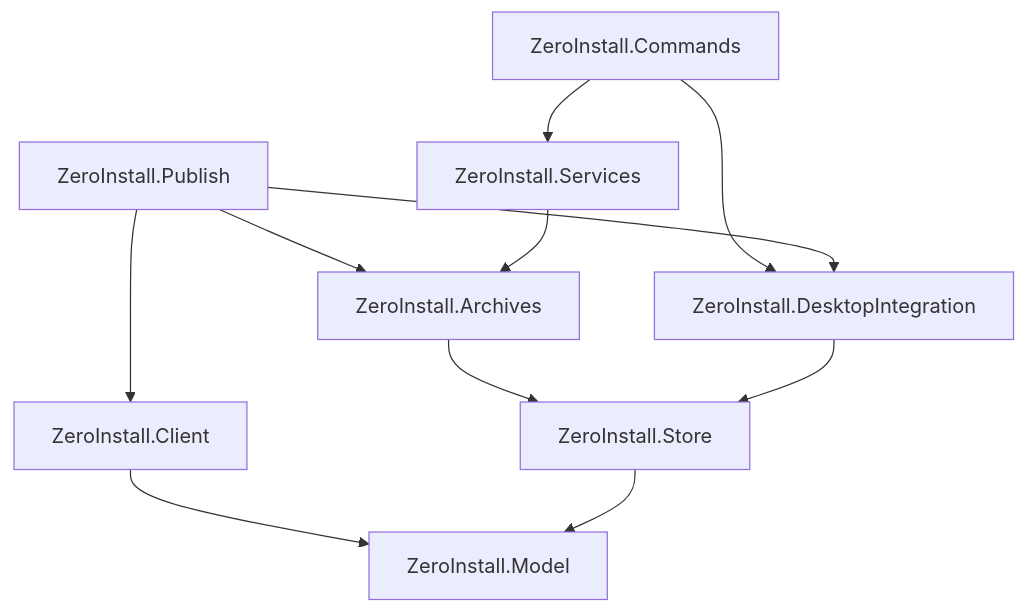
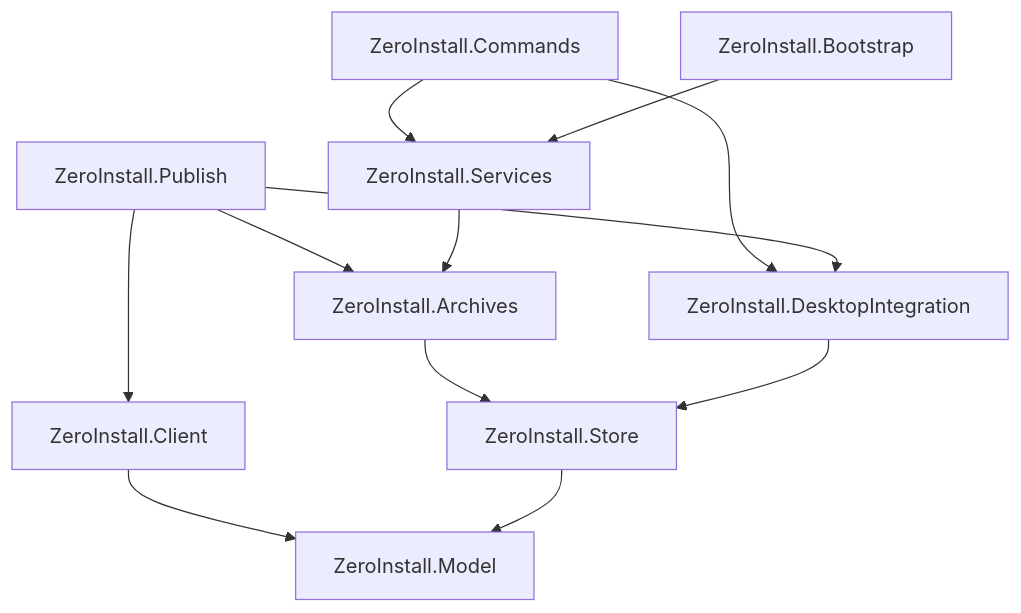
Before and after one commit to 0install/0install-dotnet: the diagram in doc/index.md, drawn with Mermaid. The commit also changed other lines of this file and 1 other file, not shown here.

Commit message:
Documented ZeroInstall.Publish NuGet package

````diff
--- a/doc/index.md
+++ b/doc/index.md
@@ -26,14 +27,15 @@
 ```mermaid
 flowchart TD
     commands[ZeroInstall.Commands] --> services
     commands --> desktop_integration
+    bootstrap[ZeroInstall.Bootstrap] --> services
     publish[ZeroInstall.Publish] --> client
     publish --> archives
     publish --> desktop_integration
     services[ZeroInstall.Services] --> archives
     archives[ZeroInstall.Archives] --> store
     desktop_integration[ZeroInstall.DesktopIntegration] --> store
     client[ZeroInstall.Client] --> model
     store[ZeroInstall.Store] --> model
     model[ZeroInstall.Model]
 ```
````
